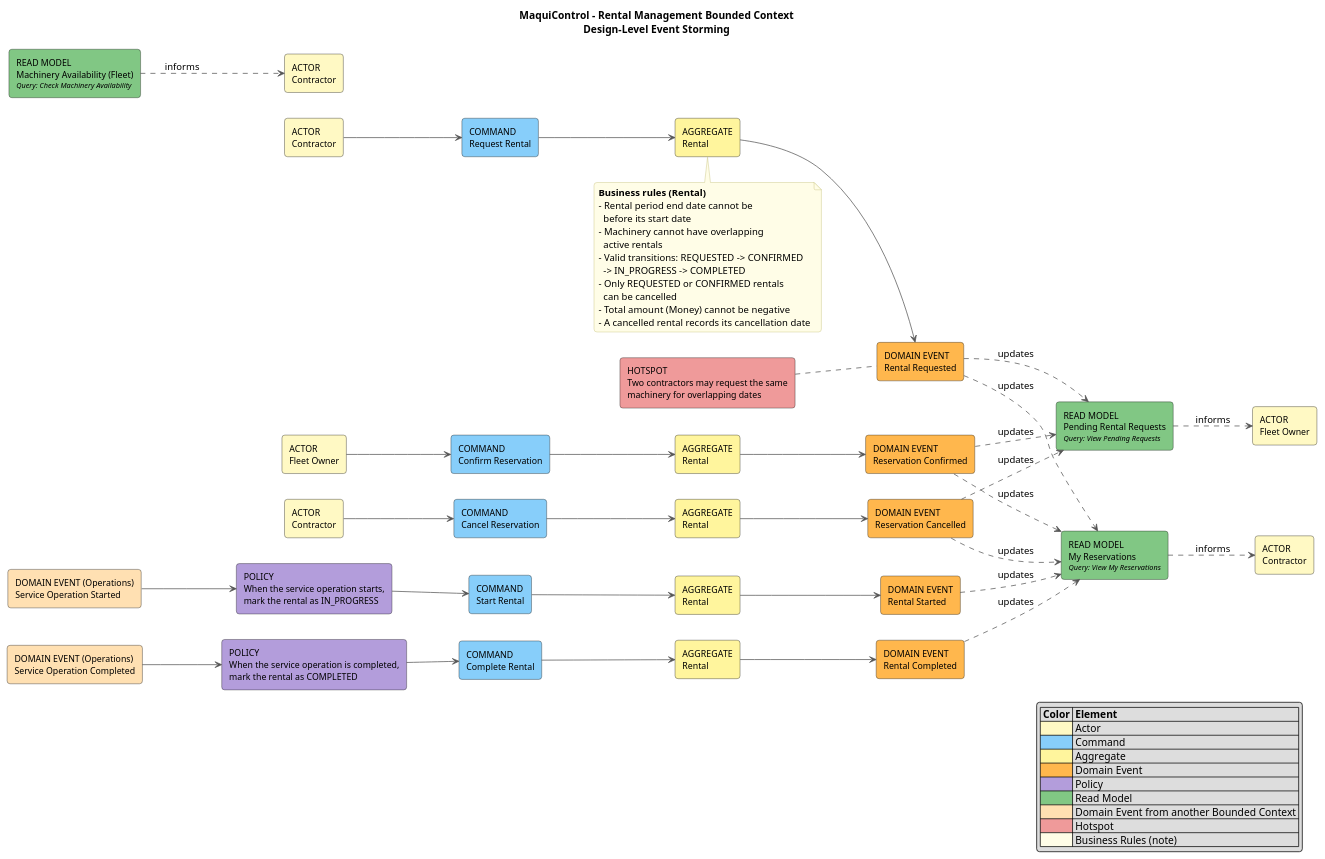
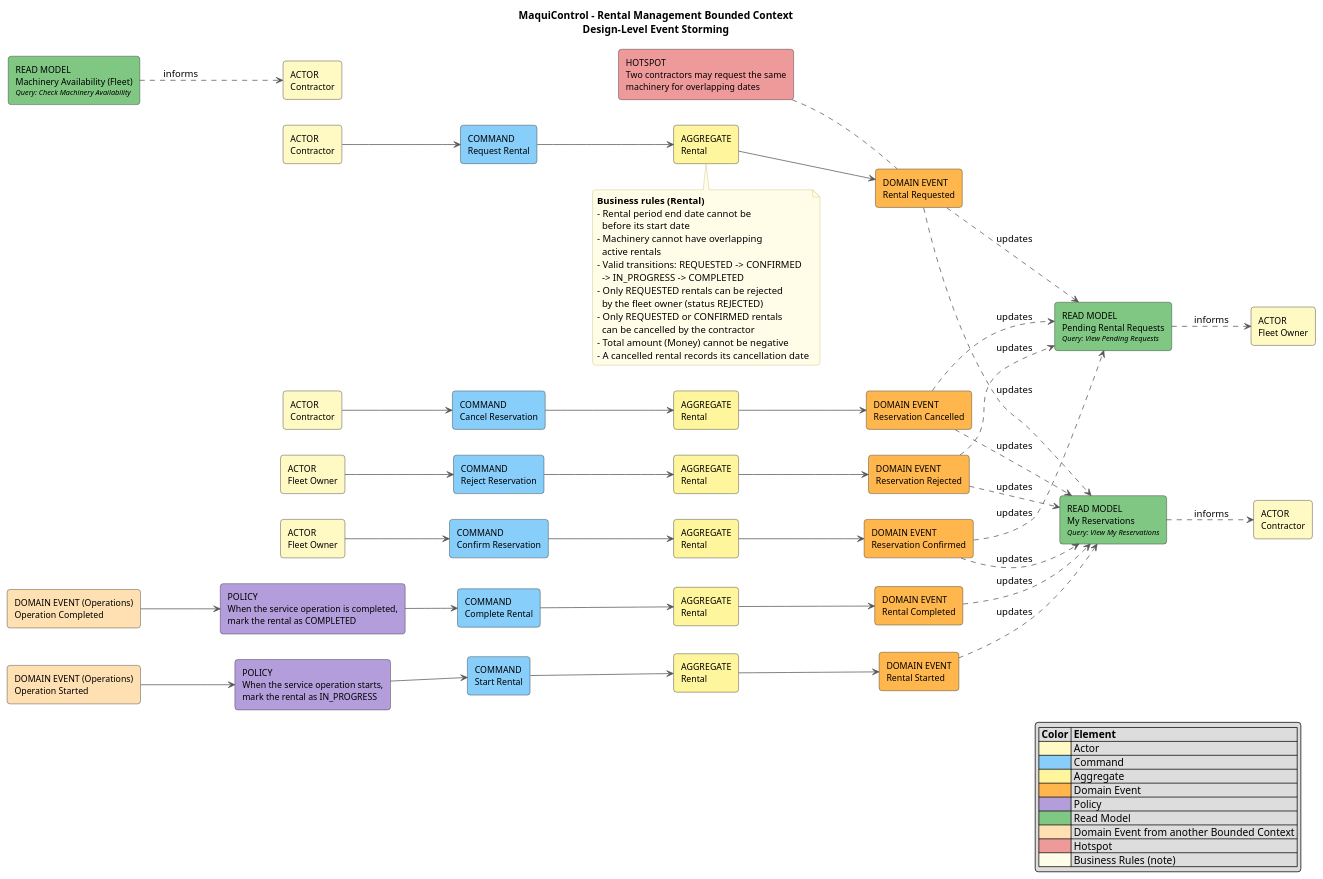
One commit to upc-pre-202620-1asi0729-7750-heavytech/maquicontrol-report changed the diagram in docs/architecture/event-storming/rental-management-design-level.puml. Above: the diagram before and after it, drawn with PlantUML. The commit also changed 7 other files, not shown here.

First line of the commit message:
docs(event-storming): align command names with the web application

```diff
--- a/docs/architecture/event-storming/rental-management-design-level.puml
+++ b/docs/architecture/event-storming/rental-management-design-level.puml
@@ -1,104 +1,115 @@
 @startuml
 title MaquiControl - Rental Management Bounded Context\nDesign-Level Event Storming
 
 left to right direction
 skinparam shadowing false
 skinparam roundcorner 8
 skinparam defaultFontName Arial
 skinparam rectangleFontSize 12
 skinparam noteBackgroundColor #FFFDE7
 skinparam noteBorderColor #BDB76B
 skinparam ArrowColor #555555
 
 ' ===== Actor -> Command -> Aggregate -> Domain Event =====
 rectangle "COMMAND\nRequest Rental" as CMD_REQUEST_RENTAL #87CEFA
 rectangle "AGGREGATE\nRental" as AGG_RENTAL_0 #FFF59D
 rectangle "DOMAIN EVENT\nRental Requested" as EVT_RENTAL_REQUESTED #FFB74D
 rectangle "ACTOR\nContractor" as ACT_CONTRACTOR_0 #FFF9C4
 rectangle "COMMAND\nConfirm Reservation" as CMD_CONFIRM_RESERVATION #87CEFA
 rectangle "AGGREGATE\nRental" as AGG_RENTAL_1 #FFF59D
 rectangle "DOMAIN EVENT\nReservation Confirmed" as EVT_RESERVATION_CONFIRMED #FFB74D
 rectangle "ACTOR\nFleet Owner" as ACT_FLEET_OWNER_1 #FFF9C4
+rectangle "COMMAND\nReject Reservation" as CMD_REJECT_RESERVATION #87CEFA
+rectangle "AGGREGATE\nRental" as AGG_RENTAL_5 #FFF59D
+rectangle "DOMAIN EVENT\nReservation Rejected" as EVT_RESERVATION_REJECTED #FFB74D
+rectangle "ACTOR\nFleet Owner" as ACT_FLEET_OWNER_5 #FFF9C4
 rectangle "COMMAND\nCancel Reservation" as CMD_CANCEL_RESERVATION #87CEFA
 rectangle "AGGREGATE\nRental" as AGG_RENTAL_2 #FFF59D
 rectangle "DOMAIN EVENT\nReservation Cancelled" as EVT_RESERVATION_CANCELLED #FFB74D
 rectangle "ACTOR\nContractor" as ACT_CONTRACTOR_2 #FFF9C4
 rectangle "COMMAND\nStart Rental" as CMD_START_RENTAL #87CEFA
 rectangle "AGGREGATE\nRental" as AGG_RENTAL_3 #FFF59D
 rectangle "DOMAIN EVENT\nRental Started" as EVT_RENTAL_STARTED #FFB74D
 rectangle "COMMAND\nComplete Rental" as CMD_COMPLETE_RENTAL #87CEFA
 rectangle "AGGREGATE\nRental" as AGG_RENTAL_4 #FFF59D
 rectangle "DOMAIN EVENT\nRental Completed" as EVT_RENTAL_COMPLETED #FFB74D
 
 ' ===== Policies =====
-rectangle "DOMAIN EVENT (Operations)\nService Operation Started" as XEVT_SERVICE_OPERATION_STARTED #FFE0B2
+rectangle "DOMAIN EVENT (Operations)\nOperation Started" as XEVT_OPERATION_STARTED #FFE0B2
 rectangle "POLICY\nWhen the service operation starts,\nmark the rental as IN_PROGRESS" as POL_0 #B39DDB
-rectangle "DOMAIN EVENT (Operations)\nService Operation Completed" as XEVT_SERVICE_OPERATION_COMPLETED #FFE0B2
+rectangle "DOMAIN EVENT (Operations)\nOperation Completed" as XEVT_OPERATION_COMPLETED #FFE0B2
 rectangle "POLICY\nWhen the service operation is completed,\nmark the rental as COMPLETED" as POL_1 #B39DDB
 
 ' ===== Read Models =====
 rectangle "READ MODEL\nPending Rental Requests\n<size:10><i>Query: View Pending Requests</i></size>" as RM_0 #81C784
 rectangle "ACTOR\nFleet Owner" as ACT_RM_0 #FFF9C4
 rectangle "READ MODEL\nMy Reservations\n<size:10><i>Query: View My Reservations</i></size>" as RM_1 #81C784
 rectangle "ACTOR\nContractor" as ACT_RM_1 #FFF9C4
 rectangle "READ MODEL\nMachinery Availability (Fleet)\n<size:10><i>Query: Check Machinery Availability</i></size>" as RM_2 #81C784
 rectangle "ACTOR\nContractor" as ACT_RM_2 #FFF9C4
 rectangle "HOTSPOT\nTwo contractors may request the same\nmachinery for overlapping dates" as HOT_0 #EF9A9A
 
 ACT_CONTRACTOR_0 --> CMD_REQUEST_RENTAL
 CMD_REQUEST_RENTAL --> AGG_RENTAL_0
 AGG_RENTAL_0 --> EVT_RENTAL_REQUESTED
 note bottom of AGG_RENTAL_0
 <b>Business rules (Rental)</b>
 - Rental period end date cannot be
   before its start date
 - Machinery cannot have overlapping
   active rentals
 - Valid transitions: REQUESTED -> CONFIRMED
   -> IN_PROGRESS -> COMPLETED
+- Only REQUESTED rentals can be rejected
+  by the fleet owner (status REJECTED)
 - Only REQUESTED or CONFIRMED rentals
-  can be cancelled
+  can be cancelled by the contractor
 - Total amount (Money) cannot be negative
 - A cancelled rental records its cancellation date
 end note
 ACT_FLEET_OWNER_1 --> CMD_CONFIRM_RESERVATION
 CMD_CONFIRM_RESERVATION --> AGG_RENTAL_1
 AGG_RENTAL_1 --> EVT_RESERVATION_CONFIRMED
+ACT_FLEET_OWNER_5 --> CMD_REJECT_RESERVATION
+CMD_REJECT_RESERVATION --> AGG_RENTAL_5
+AGG_RENTAL_5 --> EVT_RESERVATION_REJECTED
 ACT_CONTRACTOR_2 --> CMD_CANCEL_RESERVATION
 CMD_CANCEL_RESERVATION --> AGG_RENTAL_2
 AGG_RENTAL_2 --> EVT_RESERVATION_CANCELLED
 CMD_START_RENTAL --> AGG_RENTAL_3
 AGG_RENTAL_3 --> EVT_RENTAL_STARTED
 CMD_COMPLETE_RENTAL --> AGG_RENTAL_4
 AGG_RENTAL_4 --> EVT_RENTAL_COMPLETED
-XEVT_SERVICE_OPERATION_STARTED --> POL_0
+XEVT_OPERATION_STARTED --> POL_0
 POL_0 --> CMD_START_RENTAL
-XEVT_SERVICE_OPERATION_COMPLETED --> POL_1
+XEVT_OPERATION_COMPLETED --> POL_1
 POL_1 --> CMD_COMPLETE_RENTAL
 EVT_RENTAL_REQUESTED ..> RM_0 : updates
 EVT_RESERVATION_CONFIRMED ..> RM_0 : updates
 EVT_RESERVATION_CANCELLED ..> RM_0 : updates
+EVT_RESERVATION_REJECTED ..> RM_0 : updates
+EVT_RESERVATION_REJECTED ..> RM_1 : updates
 RM_0 ..> ACT_RM_0 : informs
 EVT_RENTAL_REQUESTED ..> RM_1 : updates
 EVT_RESERVATION_CONFIRMED ..> RM_1 : updates
 EVT_RESERVATION_CANCELLED ..> RM_1 : updates
 EVT_RENTAL_STARTED ..> RM_1 : updates
 EVT_RENTAL_COMPLETED ..> RM_1 : updates
 RM_1 ..> ACT_RM_1 : informs
 RM_2 ..> ACT_RM_2 : informs
 HOT_0 .. EVT_RENTAL_REQUESTED
 
 legend right
 |= Color |= Element |
 |<#FFF9C4>| Actor |
 |<#87CEFA>| Command |
 |<#FFF59D>| Aggregate |
 |<#FFB74D>| Domain Event |
 |<#B39DDB>| Policy |
 |<#81C784>| Read Model |
 |<#FFE0B2>| Domain Event from another Bounded Context |
 |<#EF9A9A>| Hotspot |
 |<#FFFDE7>| Business Rules (note) |
 endlegend
 
 @enduml
```
